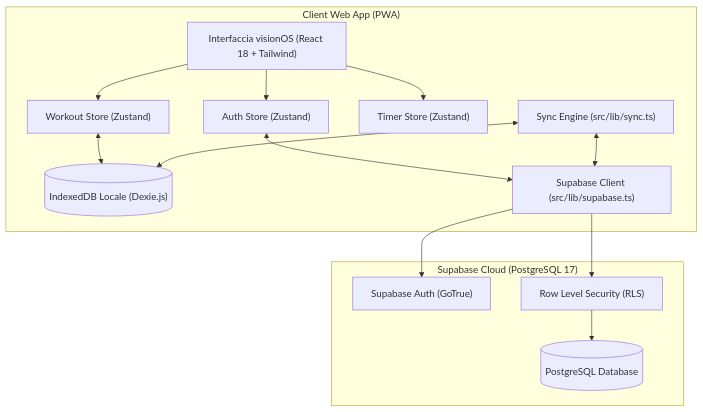
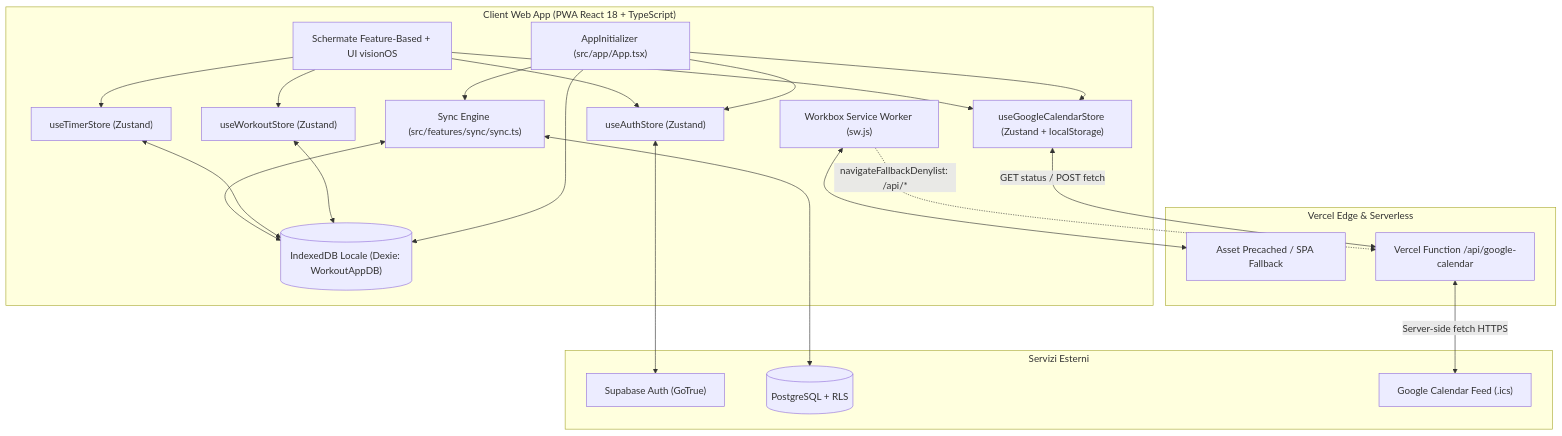
The diagram in docs/ARCHITECTURE.md (alessandro-bottone-design/workout_webapp), drawn with Mermaid before and after one commit. The commit also changed other lines of this file and 133 other files, not shown here.

Commit message:
feat: permanent google calendar sync, feature-based architecture, debug fixes and docs

````diff
--- a/docs/ARCHITECTURE.md
+++ b/docs/ARCHITECTURE.md
@@ -25,32 +25,46 @@
 ```mermaid
 flowchart TD
-    subgraph Client ["Client Web App (PWA)"]
-        UI["Interfaccia visionOS (React 18 + Tailwind)"]
-        AuthStore["Auth Store (Zustand)"]
-        WorkoutStore["Workout Store (Zustand)"]
-        TimerStore["Timer Store (Zustand)"]
-        SyncEngine["Sync Engine (src/lib/sync.ts)"]
-        DexieDB[("IndexedDB Locale (Dexie.js)")]
-        SupabaseClient["Supabase Client (src/lib/supabase.ts)"]
+    subgraph Client ["Client Web App (PWA React 18 + TypeScript)"]
+        AppInit["AppInitializer (src/app/App.tsx)"]
+        UI["Schermate Feature-Based + UI visionOS"]
+        WorkoutStore["useWorkoutStore (Zustand)"]
+        TimerStore["useTimerStore (Zustand)"]
+        AuthStore["useAuthStore (Zustand)"]
+        CalStore["useGoogleCalendarStore (Zustand + localStorage)"]
+        SyncEngine["Sync Engine (src/features/sync/sync.ts)"]
+        DexieDB[("IndexedDB Locale (Dexie: WorkoutAppDB)")]
+        SW["Workbox Service Worker (sw.js)"]
     end
 
-    subgraph Cloud ["Supabase Cloud (PostgreSQL 17)"]
-        AuthService["Supabase Auth (GoTrue)"]
-        PostgresDB[("PostgreSQL Database")]
-        RLSPolicies["Row Level Security (RLS)"]
+    subgraph Edge ["Vercel Edge & Serverless"]
+        StaticCDN["Asset Precached / SPA Fallback"]
+        CalProxy["Vercel Function /api/google-calendar"]
     end
+
+    subgraph External ["Servizi Esterni"]
+        SupabaseAuth["Supabase Auth (GoTrue)"]
+        SupabaseDB[("PostgreSQL + RLS")]
+        GoogleCal["Google Calendar Feed (.ics)"]
+    end
+
+    AppInit --> DexieDB
+    AppInit --> AuthStore
+    AppInit --> CalStore
+    AppInit --> SyncEngine
 
     UI --> WorkoutStore
     UI --> TimerStore
     UI --> AuthStore
-    
+    UI --> CalStore
+
     WorkoutStore <--> DexieDB
-    AuthStore <--> SupabaseClient
-    
+    TimerStore <--> DexieDB
     SyncEngine <--> DexieDB
-    SyncEngine <--> SupabaseClient
-    
-    SupabaseClient --> AuthService
-    SupabaseClient --> RLSPolicies
-    RLSPolicies --> PostgresDB
+
+    AuthStore <--> SupabaseAuth
+    SyncEngine <--> SupabaseDB
+    CalStore <-->|GET status / POST fetch| CalProxy
+    CalProxy <-->|Server-side fetch HTTPS| GoogleCal
+    SW -.->|navigateFallbackDenylist: /api/*| CalProxy
+    SW <--> StaticCDN
 ```
````
